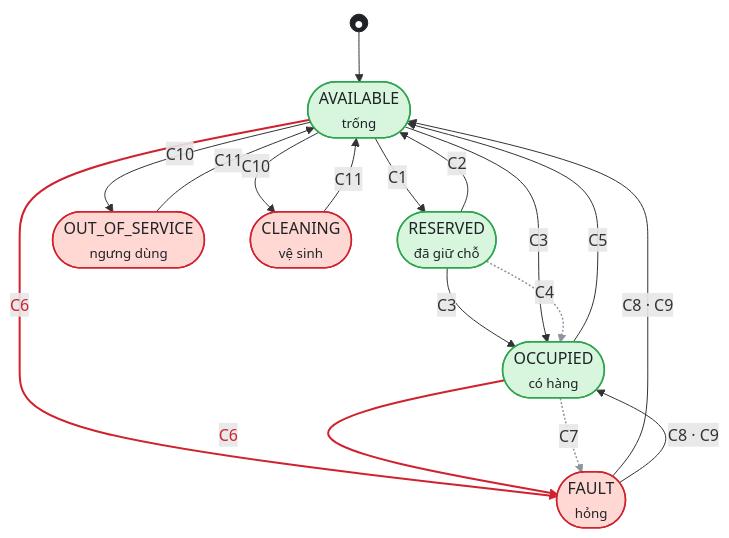
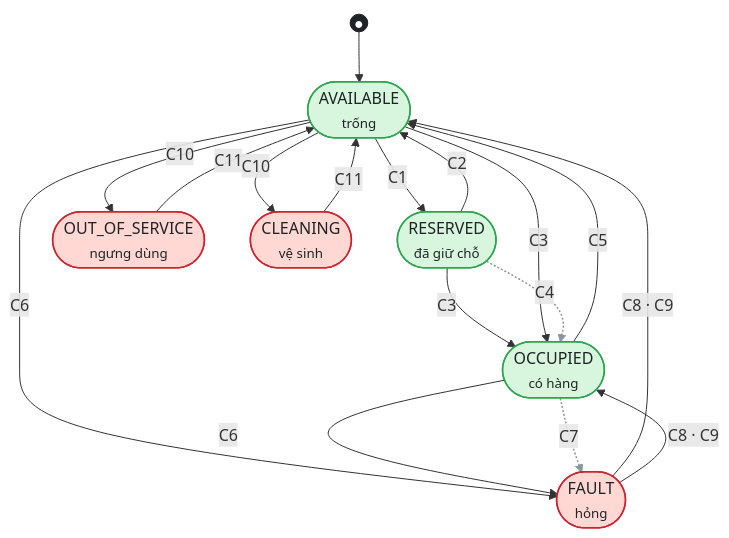
The diagram in diagrams/src/locker-cell-status.mmd (LockR-Tech/docs), drawn with Mermaid before and after one commit. The commit also changed 6 other files, not shown here.

First line of the commit message:
docs(status): ghi vá SEC-03/05/06 và SEC-09 actuator gateway

```diff
--- a/diagrams/src/locker-cell-status.mmd
+++ b/diagrams/src/locker-cell-status.mmd
@@ -1,47 +1,46 @@
 %% @title Trạng thái Ô tủ — locker_boxes.status
-%% @subtitle Nguồn: <code>locker-service/…/model/LockerBox.java</code> · <code>LockerService.java</code> · <code>iot-service/…/IotService.java</code> — Luồng 2 &amp; 3 — rà soát 2026-09-13, cập nhật 2026-09-21 theo backend #22
+%% @subtitle Nguồn: <code>locker-service/…/model/LockerBox.java</code> · <code>LockerService.java</code> · <code>iot-service/…/IotService.java</code> — Luồng 2 &amp; 3 — rà soát 2026-09-13, cập nhật 2026-10-22 (báo hỏng ô chỉ KTV tủ · ADMIN · chủ đơn)
 %% @orientation portrait
 %% @legend <span class="sw ok"></span>Vòng đời thuê/gửi
 %% @legend <span class="sw bad"></span>Lỗi / bảo trì
 %% @legend <b>━</b> đã code &nbsp;<b style="color:#8c959f">┅</b> CHƯA code &nbsp;<b style="color:#cf222e">━</b> lỗ hổng
 %% @row C1 | AVAILABLE → RESERVED | <code>reserveBox</code> khi tạo đơn (nội bộ order→locker) | hệ thống | tủ MAINTENANCE/INACTIVE bị từ chối (<code>LOCKER_NOT_ACTIVE</code>); ô DRONE chỉ giữ được với channel=DRONE; <code>reservedUntil</code> = +24h; đồng bộ xuống tủ qua MQTT
 %% @row C2 | RESERVED → AVAILABLE | quét TTL mỗi giờ · huỷ đơn | hệ thống | quét TTL không báo tủ; <b>có thể nhả ô của đơn drone còn chờ điều phối &gt; 24h</b>
 %% @row C3 | AVAILABLE · RESERVED → OCCUPIED | <code>occupyBox</code> khi đơn được xác nhận bỏ hàng (app hoặc kiosk) | chủ đơn · người gửi tại tủ | lỗi bị nuốt (best-effort); drone gửi hàng <b>không</b> set OCCUPIED
 %% @row ~C4 | RESERVED → OCCUPIED · OCCUPIED → AVAILABLE | cảm biến cửa / kết quả mở tủ từ phần cứng | iot-service | CHƯA CÓ: trạng thái phần cứng được lưu nhưng không điều khiển vòng đời ô/đơn
 %% @row C5 | OCCUPIED → AVAILABLE | <code>releaseBox</code> khi đơn COMPLETED · EXPIRED · CANCELED | hệ thống | ô đang FAULT / OUT_OF_SERVICE / CLEANING thì giữ nguyên; ô FAULT thì quên trạng thái đơn đã nhớ (sửa xong về AVAILABLE)
-%% @row xC6 | mọi → FAULT | <code>POST /api/boxes/{id}/fault</code> | <b>mọi JWT, mọi ô</b> | nhớ trạng thái trước khi hỏng (<code>pre_fault_status</code>); ô đã có phiếu mở ⇒ gộp vào phiếu đó; phiếu định tuyến cho KTV phụ trách tủ. Vẫn chưa kiểm người báo có liên quan tới ô (SEC-06)
+%% @row C6 | mọi → FAULT | <code>POST /api/boxes/{id}/fault</code> · <code>POST /api/orders/{id}/report-box-fault</code> | LOCKER_TECHNICIAN · ADMIN · chủ đơn (ô của đơn mình) | nhớ trạng thái trước khi hỏng (<code>pre_fault_status</code>); ô đã có phiếu mở ⇒ gộp vào phiếu đó; phiếu định tuyến cho KTV phụ trách tủ. Từ 22/10 khách không báo thẳng ô bất kỳ nữa (SEC-06)
 %% @row ~C7 | mọi → FAULT | mở tủ FAILED/JAMMED · heartbeat mất | iot-service | CHƯA CÓ tự động báo hỏng — hiện chỉ ghi access log
 %% @row C8 | FAULT → trạng thái trước khi hỏng | hoàn tất phiếu (<code>resolve</code>, KTV hoặc admin) | KTV được giao · ADMIN | về AVAILABLE / RESERVED / OCCUPIED như lúc báo hỏng; còn phiếu mở khác của ô thì giữ FAULT
 %% @row C9 | FAULT → trạng thái trước khi hỏng | <code>…/clear-fault</code> | LOCKER_TECHNICIAN · ADMIN | chỉ từ FAULT (409 <code>BOX_NOT_FAULT</code>); ô có phiếu mở ⇒ đi qua hoàn tất phiếu (chỉ người được giao, áp luật ảnh nghiệm thu)
 %% @row C10 | AVAILABLE → OUT_OF_SERVICE · CLEANING | <code>…/out-of-service</code> · <code>…/cleaning</code> | LOCKER_TECHNICIAN · ADMIN | cấm khi RESERVED/OCCUPIED và khi FAULT (409 <code>BOX_IN_FAULT</code>)
 %% @row C11 | OUT_OF_SERVICE · CLEANING → AVAILABLE | <code>…/return-to-service</code> | LOCKER_TECHNICIAN · ADMIN | không đồng bộ trạng thái xuống tủ
 %% @row xC12 | mọi → chuỗi bất kỳ | <code>updateBoxStatus</code> (admin) | ADMIN | web ghi giá trị <code>MAINTENANCE</code> không tồn tại ⇒ return-to-service từ chối
 %% @note Force-open (<code>POST /api/locker-technician/boxes/{id}/force-open</code>) mở cửa vật lý nhưng không đổi trạng thái ô. Tủ MAINTENANCE/INACTIVE: không nhận đặt ô, danh sách ô trống rỗng, <code>availableBoxes</code> = 0. Báo cáo sự cố chặn cả tủ (chỉ KTV tủ/ADMIN) đưa tủ vào MAINTENANCE; đóng phiếu chặn cuối cùng ⇒ tủ ACTIVE.
 %%{init: {"flowchart": {"nodeSpacing": 46, "rankSpacing": 50, "padding": 8, "curve": "basis"}}}%%
 flowchart TB
     S(("●")) --> AV(["AVAILABLE<br/><small>trống</small>"])
     AV -->|C1| RES(["RESERVED<br/><small>đã giữ chỗ</small>"])
     RES -->|C2| AV
     RES -->|C3| OCC(["OCCUPIED<br/><small>có hàng</small>"])
     AV -->|C3| OCC
     RES -.->|C4| OCC
     OCC -->|C5| AV
     AV -->|C6| FAULT(["FAULT<br/><small>hỏng</small>"])
     OCC -->|C6| FAULT
     OCC -.->|C7| FAULT
     FAULT -->|C8 · C9| AV
     FAULT -->|C8 · C9| OCC
     AV -->|C10| OOS(["OUT_OF_SERVICE<br/><small>ngưng dùng</small>"])
     AV -->|C10| CLEAN(["CLEANING<br/><small>vệ sinh</small>"])
     OOS -->|C11| AV
     CLEAN -->|C11| AV
 
     classDef ok fill:#d8f5dd,stroke:#2da44e,stroke-width:1.5px,color:#1f2328
     classDef bad fill:#ffd8d3,stroke:#cf222e,stroke-width:1.5px,color:#1f2328
     classDef term fill:#1f2328,stroke:#1f2328,color:#ffffff
     class AV,RES,OCC ok
     class FAULT,OOS,CLEAN bad
     class S term
 
     linkStyle 5,9 stroke:#8c959f,stroke-width:1.5px
-    linkStyle 7,8 stroke:#cf222e,stroke-width:2px,color:#cf222e
```
